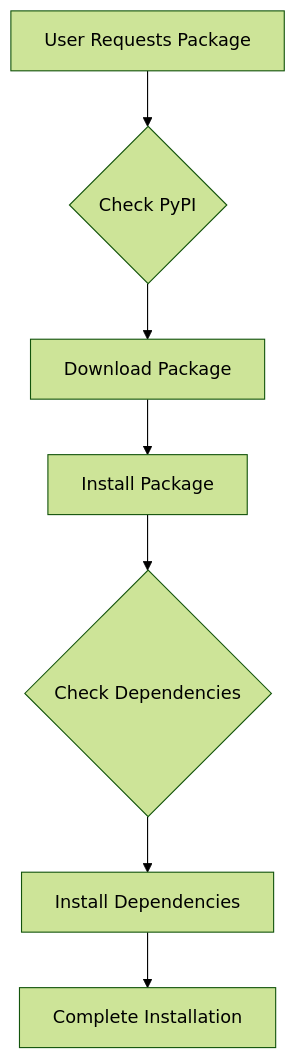
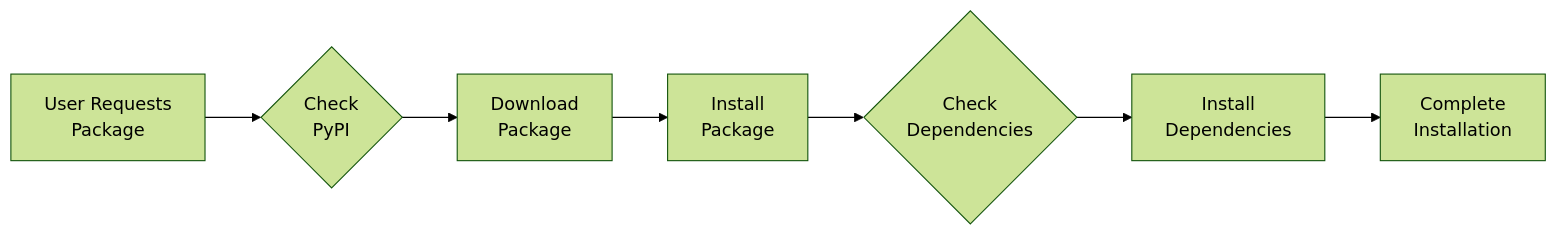
Before and after one commit to umitsarioz/umitsarioz.github.io: the diagram in _posts/2022-12-20-pip-tool.md, drawn with Mermaid (forest theme). The commit also changed 3 other files, not shown here.

Commit message:
mermaid changes

````diff
--- a/_posts/2022-12-20-pip-tool.md
+++ b/_posts/2022-12-20-pip-tool.md
@@ -58,9 +58,16 @@
 ```mermaid
-graph TD
-    A[User Requests Package] --> B{Check PyPI}
-    B --> C[Download Package]
-    C --> D[Install Package]
-    D --> E{Check Dependencies}
-    E --> F[Install Dependencies]
-    F --> G[Complete Installation]
+flowchart LR
+    A[User Requests 
+      Package] --> B{Check 
+      PyPI}
+    B --> C[Download 
+    Package]
+    C --> D[Install 
+    Package]
+    D --> E{Check
+     Dependencies}
+    E --> F[Install 
+    Dependencies]
+    F --> G[Complete 
+    Installation]
 ``` 
````
